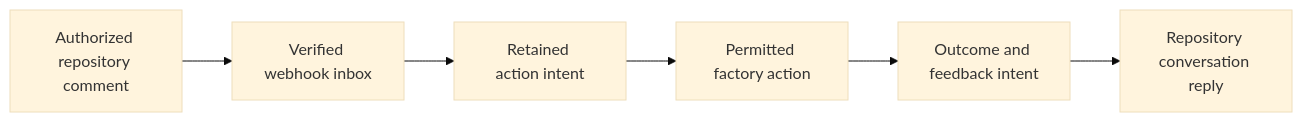
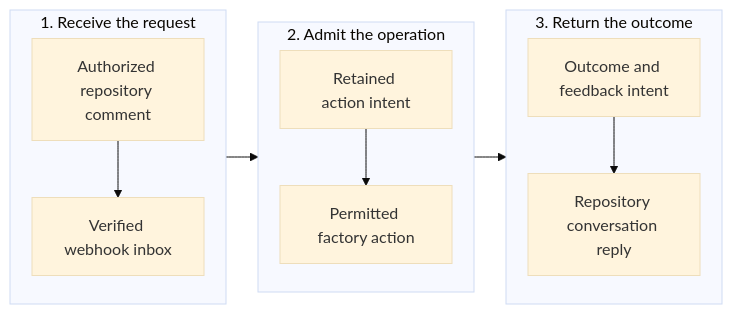
The second of 2 diagrams in docs/factory-journeys.md (fireflyframework/firefly-forge), drawn with Mermaid (base theme) before and after one commit. The commit also changed other lines of this file and 2 other files, not shown here.

Commit message:
Keep factory and report diagrams legible across viewports

````diff
--- a/docs/factory-journeys.md
+++ b/docs/factory-journeys.md
@@ -184,13 +194,23 @@
 ```mermaid
 ---
 config:
   flowchart:
     wrappingWidth: 112
+    rankSpacing: 32
+    nodeSpacing: 24
 ---
 flowchart LR
-  Comment[Authorized repository comment] --> Inbox[Verified webhook inbox]
-  Inbox --> Intent[Retained action intent]
-  Intent --> Action[Permitted factory action]
-  Action --> Receipt[Outcome and feedback intent]
-  Receipt --> Reply[Repository conversation reply]
+  subgraph RequestPhase["1. Receive the request"]
+    direction TB
+    Comment[Authorized repository comment] --> Inbox[Verified webhook inbox]
+  end
+  subgraph ActionPhase["2. Admit the operation"]
+    direction TB
+    Intent[Retained action intent] --> Action[Permitted factory action]
+  end
+  subgraph FeedbackPhase["3. Return the outcome"]
+    direction TB
+    Receipt[Outcome and feedback intent] --> Reply[Repository conversation reply]
+  end
+  RequestPhase --> ActionPhase --> FeedbackPhase
 ```
````
